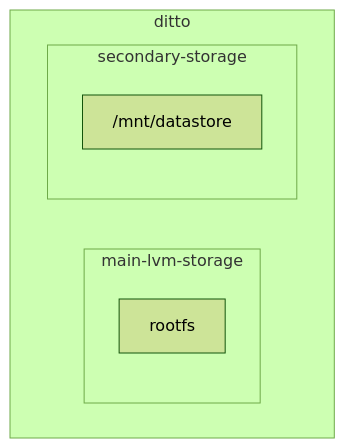
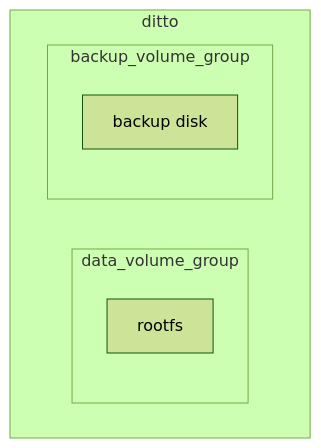
Before and after one commit to carnivuth/labcraft: the fifth of 7 diagrams in readme.md, drawn with Mermaid (forest theme). The commit also changed other lines of this file, not shown here.

````diff
--- a/readme.md
+++ b/readme.md
@@ -81,11 +78,11 @@
 ```mermaid
 flowchart
     subgraph ditto
-		subgraph main-lvm-storage
+		subgraph data_volume_group
         A[rootfs]
 		end
-		subgraph secondary-storage
-        B["/mnt/datastore"]
+		subgraph backup_volume_group
+        B[backup disk]
 		end
     end
 ```
````
